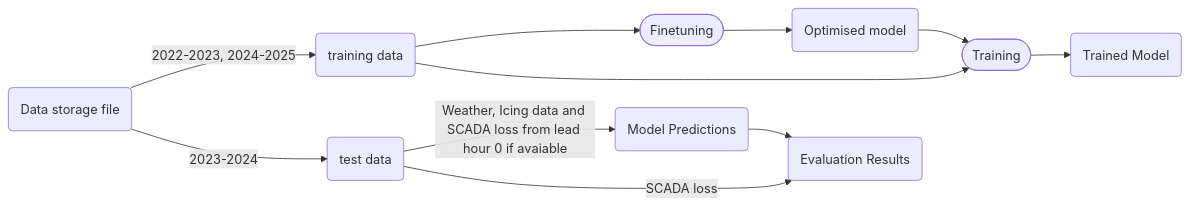
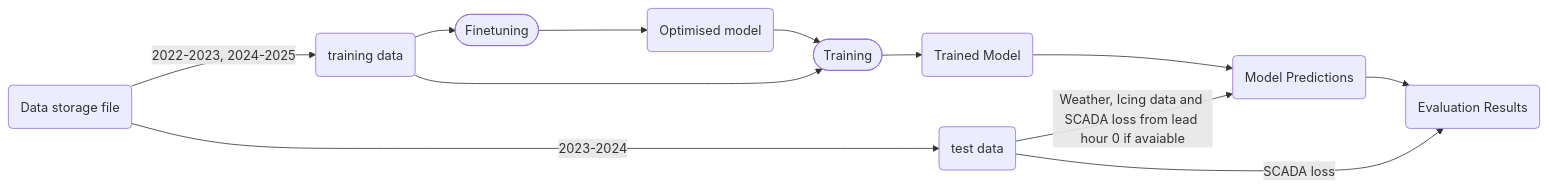
Before and after one commit to markusrupp/icing_flowshart: the second of 2 diagrams in README.md, drawn with Mermaid.

````diff
--- a/README.md
+++ b/README.md
@@ -34,13 +34,14 @@
 ```mermaid
 flowchart LR
     DSF(Data storage file) -->|2022-2023, 2024-2025| TrD(training data)
     DSF -->|2023-2024| TeD(test data)
     TrD --> FT([Finetuning])
     FT --> OM(Optimised model)
     OM --> TR([Training])
     TrD --> TR([Training])
     TR --> TM(Trained Model)
     TeD --> |Weather, Icing data and SCADA loss from lead hour 0 if avaiable| MoPr(Model Predictions)
+    TM --> MoPr
     MoPr --> EvR(Evaluation Results)
     TeD --> |SCADA loss| EvR
 ```
````
